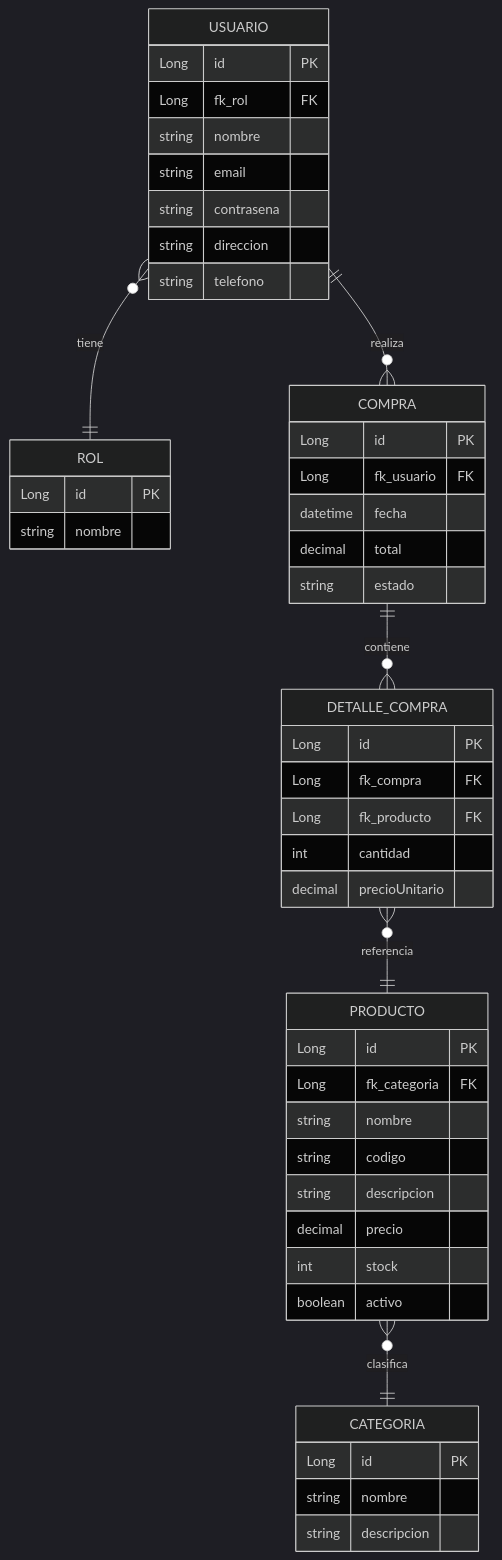
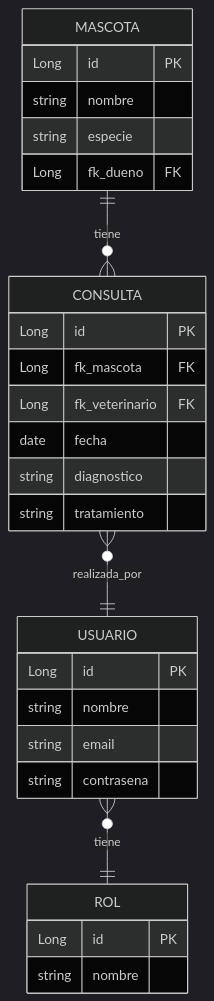
Before and after one commit to Team4GoTechy/G4-ms: the diagram in README.md, drawn with Mermaid (dark theme). The commit also changed other lines of this file, not shown here.

````diff
--- a/README.md
+++ b/README.md
@@ -22,51 +19,31 @@
 ```mermaid
 erDiagram
+    MASCOTA {
+        Long id PK
+        string nombre
+        string especie
+        Long fk_dueno FK
+    }
+    CONSULTA {
+        Long id PK
+        Long fk_mascota FK
+        Long fk_veterinario FK
+        date fecha
+        string diagnostico
+        string tratamiento
+    }
     USUARIO {
         Long id PK
-        Long fk_rol FK
         string nombre
         string email
         string contrasena
-        string direccion
-        string telefono
     }
     ROL {
         Long id PK
         string nombre
     }
-    PRODUCTO {
-        Long id PK
-        Long fk_categoria FK
-        string nombre
-        string codigo
-        string descripcion
-        decimal precio
-        int stock
-        boolean activo
-    }
-    CATEGORIA {
-        Long id PK
-        string nombre
-        string descripcion
-    }
-    COMPRA {
-        Long id PK
-        Long fk_usuario FK
-        datetime fecha
-        decimal total
-        string estado
-    }
-    DETALLE_COMPRA {
-        Long id PK
-        Long fk_compra FK
-        Long fk_producto FK
-        int cantidad
-        decimal precioUnitario
-    }
 
-    USUARIO ||--o{ COMPRA : realiza
+    MASCOTA ||--o{ CONSULTA : tiene
+    CONSULTA }o--|| USUARIO : realizada_por
     USUARIO }o--|| ROL : tiene
-    PRODUCTO }o--|| CATEGORIA : clasifica
-    COMPRA ||--o{ DETALLE_COMPRA : contiene
-    DETALLE_COMPRA }o--|| PRODUCTO : referencia
 ```
````
